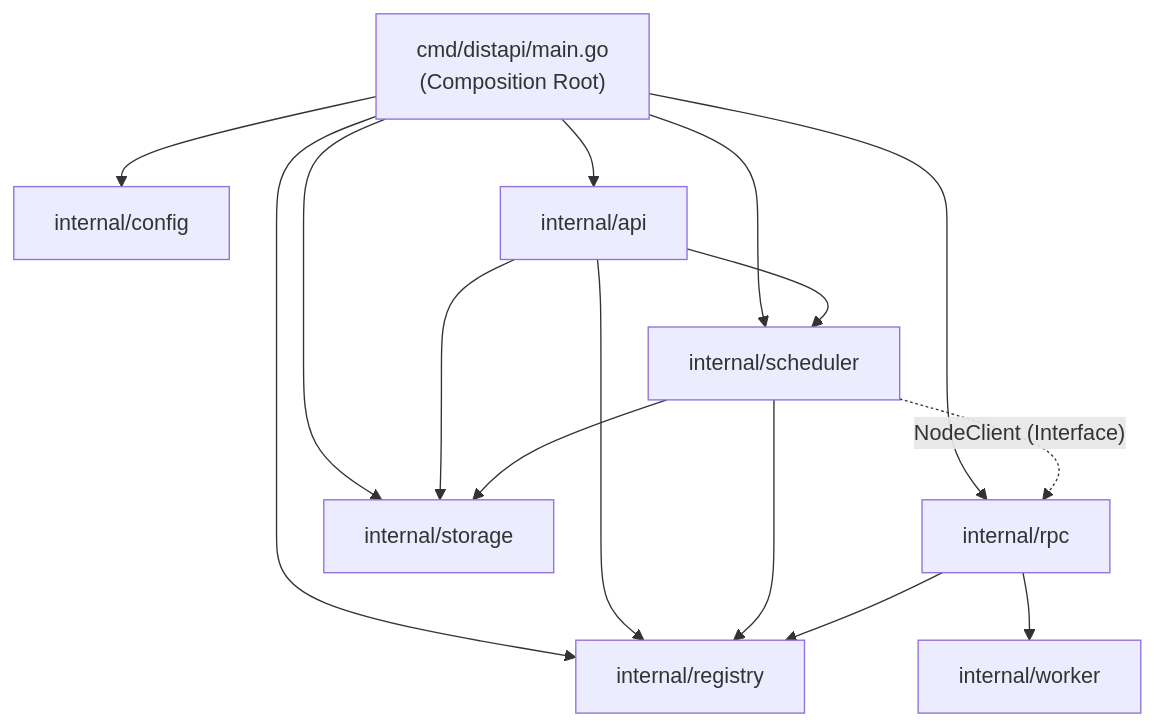
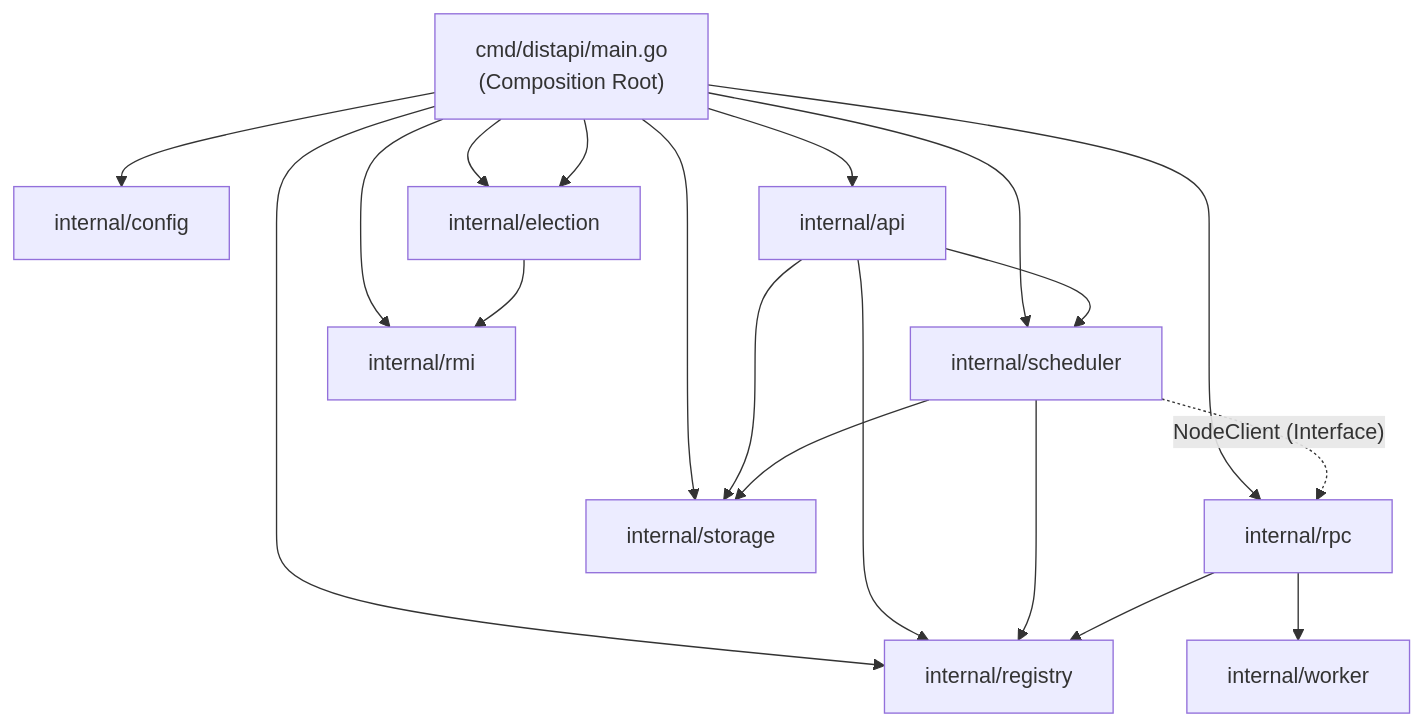
One commit to Buthzz/dips-sister changed the sixth of 6 diagrams in docs/laporan-sistem.md. Above: the diagram before and after it, drawn with Mermaid. The commit also changed other lines of this file and 14 other files, not shown here.

First line of the commit message:
feat: tambah RMI, Bully Election, dan sinkronisasi kluster

````diff
--- a/docs/laporan-sistem.md
+++ b/docs/laporan-sistem.md
@@ -228,22 +326,27 @@
 ```mermaid
 flowchart TD
     Main["cmd/distapi/main.go\n(Composition Root)"]
 
     Main --> Config["internal/config"]
     Main --> API["internal/api"]
     Main --> Sched["internal/scheduler"]
     Main --> Reg["internal/registry"]
     Main --> RPC["internal/rpc"]
+    Main --> RMI["internal/rmi"]
+    Main --> Election["internal/election"]
     Main --> Store["internal/storage"]
 
     API --> Sched
     API --> Reg
     API --> Store
 
     Sched --> Reg
     Sched --> Store
     Sched -.->|"NodeClient (Interface)"| RPC
 
+    Election --> RMI
+    Main --> Election
+
     RPC --> Reg
     RPC --> Worker["internal/worker"]
 ```
````
